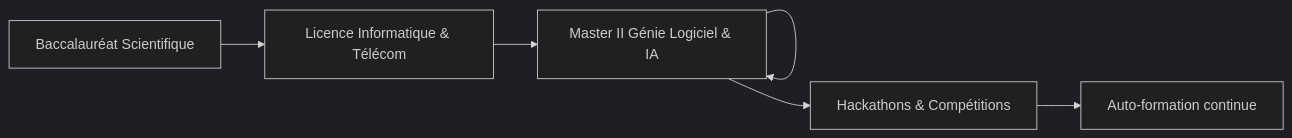
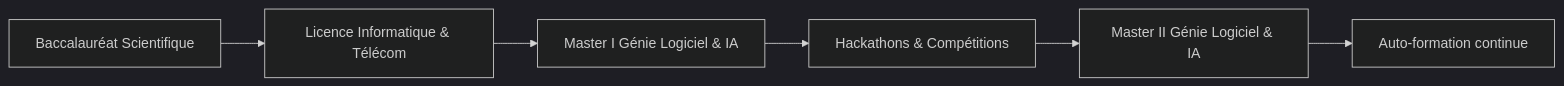
The diagram in README.md (Niaina42/Niaina42), drawn with Mermaid (dark theme) before and after one commit. The commit also changed other lines of this file, not shown here.

````diff
--- a/README.md
+++ b/README.md
@@ -71,7 +63,8 @@
 ```mermaid
 flowchart LR
     BAC[Baccalauréat Scientifique] --> LIC[Licence Informatique & Télécom]
-    LIC --> MASTER[Master I Génie Logiciel & IA] --> MASTER[Master II Génie Logiciel & IA]
+    LIC --> MASTER[Master I Génie Logiciel & IA] 
     MASTER --> HACK[Hackathons & Compétitions]
-    HACK --> AUTO[Auto-formation continue]
+    HACK --> MASTERII[Master II Génie Logiciel & IA]
+    MASTERII --> AUTO[Auto-formation continue]
 ```
````
